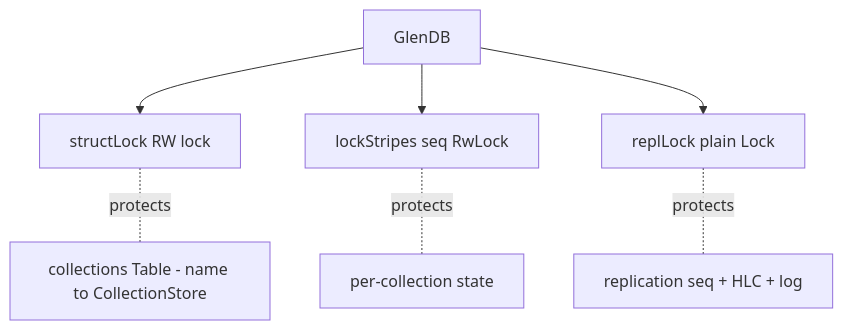
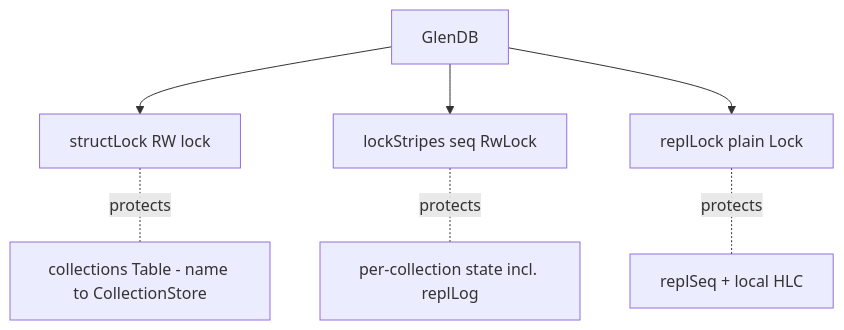
One commit to oshaulz/glen changed the first of 5 diagrams in docs/concurrency.md. Above: the diagram before and after it, drawn with Mermaid. The commit also changed other lines of this file and 9 other files, not shown here.

````diff
--- a/docs/concurrency.md
+++ b/docs/concurrency.md
@@ -9,15 +9,15 @@
 ```mermaid
 graph TB
   DB[GlenDB]
   Struct[structLock RW lock]
   Stripes[lockStripes seq RwLock]
   ReplLock[replLock plain Lock]
 
   DB --> Struct
   DB --> Stripes
   DB --> ReplLock
 
   Struct -.protects.- Coll[collections Table - name to CollectionStore]
-  Stripes -.protects.- CSData[per-collection state]
-  ReplLock -.protects.- ReplLog[replication seq + HLC + log]
+  Stripes -.protects.- CSData[per-collection state incl. replLog]
+  ReplLock -.protects.- ReplSeq[replSeq + local HLC]
 ```
````
